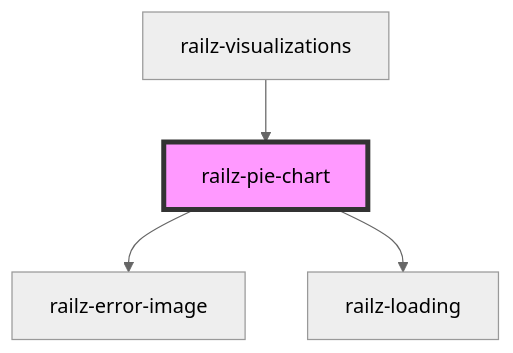
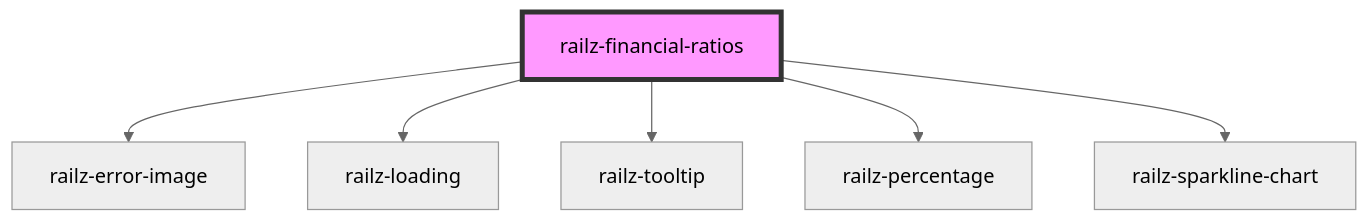
The diagram in packages/components/src/elements/financial-ratios/readme.md (railz-ai/railz-visualizations), drawn with Mermaid (neutral theme) before and after one commit. The commit also changed other lines of this file and 23 other files, not shown here.

````diff
--- a/packages/components/src/elements/financial-ratios/readme.md
+++ b/packages/components/src/elements/financial-ratios/readme.md
@@ -26,7 +25,9 @@
 ```mermaid
 graph TD;
-  railz-pie-chart --> railz-error-image
-  railz-pie-chart --> railz-loading
-  railz-visualizations --> railz-pie-chart
-  style railz-pie-chart fill:#f9f,stroke:#333,stroke-width:4px
+  railz-financial-ratios --> railz-error-image
+  railz-financial-ratios --> railz-loading
+  railz-financial-ratios --> railz-tooltip
+  railz-financial-ratios --> railz-percentage
+  railz-financial-ratios --> railz-sparkline-chart
+  style railz-financial-ratios fill:#f9f,stroke:#333,stroke-width:4px
 ```
````
